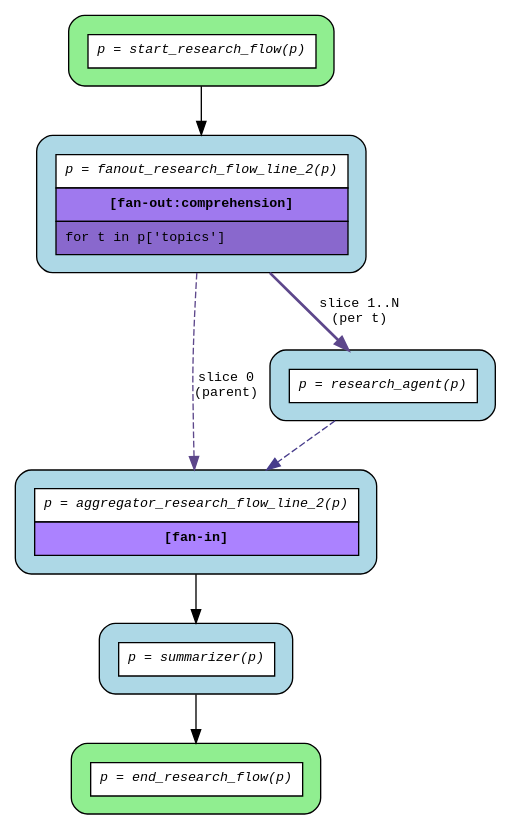
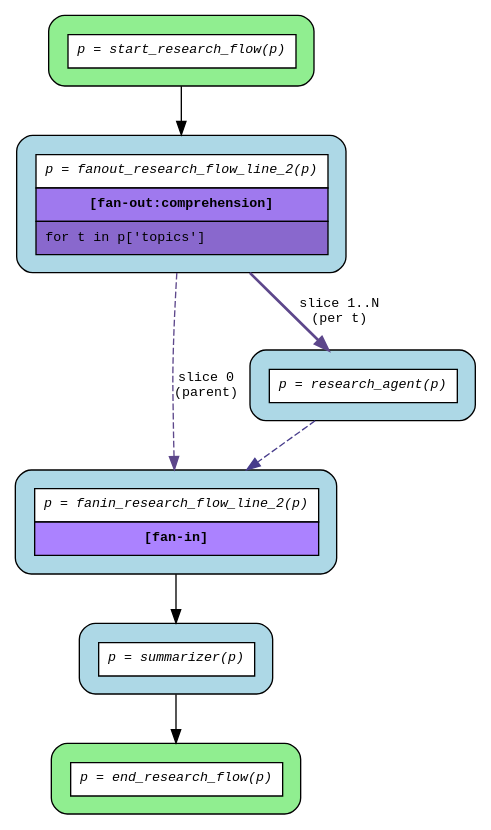
The diagram in src/asya-testing/asya_testing/flows/research_flow/compiled/flow.dot (deliveryhero/asya), drawn with Graphviz before and after one commit. The commit also changed 19 other files, not shown here.

First line of the commit message:
Rename fan-out generated actor from aggregator to fanin

```diff
--- a/src/asya-testing/asya_testing/flows/research_flow/compiled/flow.dot
+++ b/src/asya-testing/asya_testing/flows/research_flow/compiled/flow.dot
@@ -1,20 +1,20 @@
 digraph flow {
   rankdir=TB;
   graph [fontname="Courier", fontsize=10];
   node [fontname="Courier", fontsize=10, shape=box, style="filled,rounded", margin="0.2"];
   edge [fontname="Courier", fontsize=10];
 
   start_research_flow [fillcolor="lightgreen", label=<<table border="0" cellspacing="0" cellpadding="6" cellborder="1"><tr><td bgcolor="white" align="center"><i>p = start_research_flow(p)</i></td></tr></table>>];
   fanout_research_flow_line_2 [fillcolor="lightblue", label=<<table border="0" cellspacing="0" cellpadding="6" cellborder="1"><tr><td bgcolor="white" align="center"><i>p = fanout_research_flow_line_2(p)</i></td></tr><tr><td bgcolor="mediumpurple2" align="center"><b>[fan-out:comprehension]</b></td></tr><tr><td bgcolor="mediumpurple3" align="left">for t in p['topics']</td></tr></table>>];
   end_research_flow [fillcolor="lightgreen", label=<<table border="0" cellspacing="0" cellpadding="6" cellborder="1"><tr><td bgcolor="white" align="center"><i>p = end_research_flow(p)</i></td></tr></table>>];
-  aggregator_research_flow_line_2 [fillcolor="lightblue", label=<<table border="0" cellspacing="0" cellpadding="6" cellborder="1"><tr><td bgcolor="white" align="center"><i>p = aggregator_research_flow_line_2(p)</i></td></tr><tr><td bgcolor="mediumpurple1" align="center"><b>[fan-in]</b></td></tr></table>>];
+  fanin_research_flow_line_2 [fillcolor="lightblue", label=<<table border="0" cellspacing="0" cellpadding="6" cellborder="1"><tr><td bgcolor="white" align="center"><i>p = fanin_research_flow_line_2(p)</i></td></tr><tr><td bgcolor="mediumpurple1" align="center"><b>[fan-in]</b></td></tr></table>>];
   research_agent [fillcolor="lightblue", label=<<table border="0" cellspacing="0" cellpadding="6" cellborder="1"><tr><td bgcolor="white" align="center"><i>p = research_agent(p)</i></td></tr></table>>];
   summarizer [fillcolor="lightblue", label=<<table border="0" cellspacing="0" cellpadding="6" cellborder="1"><tr><td bgcolor="white" align="center"><i>p = summarizer(p)</i></td></tr></table>>];
 
-  aggregator_research_flow_line_2 -> summarizer;
-  fanout_research_flow_line_2 -> aggregator_research_flow_line_2 [color=mediumpurple4, label="slice 0\n(parent)", style=dashed];
+  fanin_research_flow_line_2 -> summarizer;
+  fanout_research_flow_line_2 -> fanin_research_flow_line_2 [color=mediumpurple4, label="slice 0\n(parent)", style=dashed];
   fanout_research_flow_line_2 -> research_agent [color=mediumpurple4, label="slice 1..N\n(per t)", style=bold];
-  research_agent -> aggregator_research_flow_line_2 [color=slateblue4, style=dashed];
+  research_agent -> fanin_research_flow_line_2 [color=slateblue4, style=dashed];
   start_research_flow -> fanout_research_flow_line_2;
   summarizer -> end_research_flow;
 }
```
